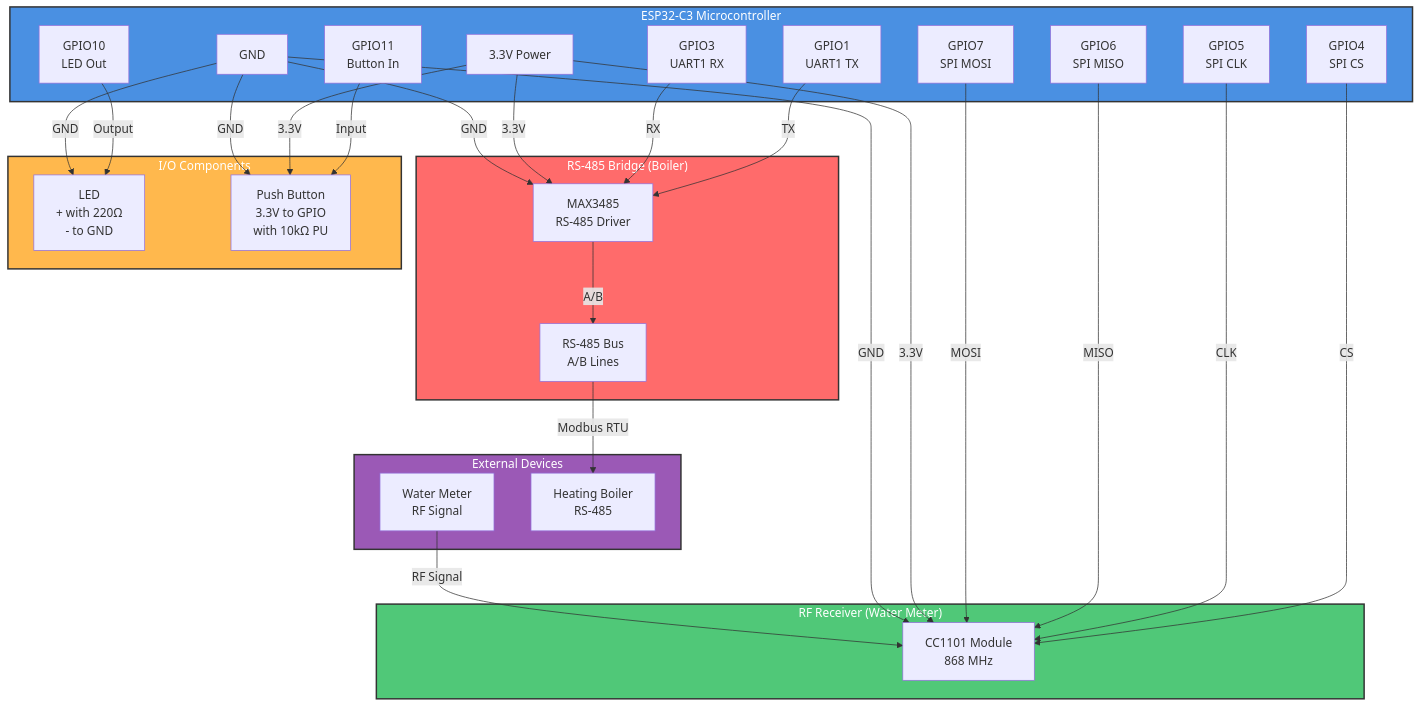
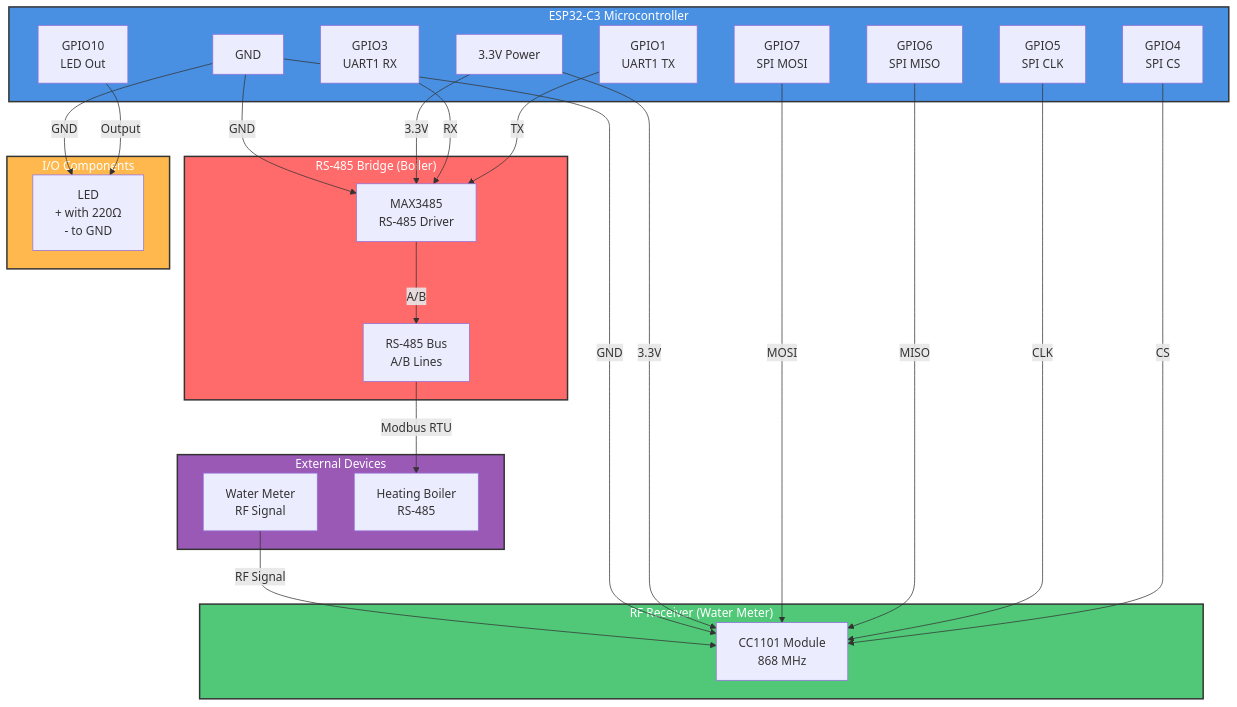
Before and after one commit to krzysiekbielicki/water-meter-and-boiler-device: the diagram in hardware-config.md, drawn with Mermaid. The commit also changed other lines of this file, not shown here.

````diff
--- a/hardware-config.md
+++ b/hardware-config.md
@@ -214,64 +214,59 @@
 ```mermaid
 graph TB
     subgraph ESP["ESP32-C3 Microcontroller"]
         GPIO1["GPIO1<br/>UART1 TX"]
         GPIO3["GPIO3<br/>UART1 RX"]
         GPIO4["GPIO4<br/>SPI CS"]
         GPIO5["GPIO5<br/>SPI CLK"]
         GPIO6["GPIO6<br/>SPI MISO"]
         GPIO7["GPIO7<br/>SPI MOSI"]
         GPIO10["GPIO10<br/>LED Out"]
-        GPIO11["GPIO11<br/>Button In"]
         PWR3V3["3.3V Power"]
         GND["GND"]
     end
     
     subgraph RF["RF Receiver (Water Meter)"]
         CC1101["CC1101 Module<br/>868 MHz"]
     end
     
     subgraph RS["RS-485 Bridge (Boiler)"]
         MAX3485["MAX3485<br/>RS-485 Driver"]
         RS485BUS["RS-485 Bus<br/>A/B Lines"]
     end
     
     subgraph IO["I/O Components"]
         LED["LED<br/>+ with 220Ω<br/>- to GND"]
-        BTN["Push Button<br/>3.3V to GPIO<br/>with 10kΩ PU"]
     end
     
     subgraph EXT["External Devices"]
         METER["Water Meter<br/>RF Signal"]
         BOILER["Heating Boiler<br/>RS-485"]
     end
     
     %% RF Connections
     GPIO4 -->|CS| CC1101
     GPIO5 -->|CLK| CC1101
     GPIO6 -->|MISO| CC1101
     GPIO7 -->|MOSI| CC1101
     PWR3V3 -->|3.3V| CC1101
     GND -->|GND| CC1101
     METER -->|RF Signal| CC1101
     
     %% RS-485 Connections
     GPIO1 -->|TX| MAX3485
     GPIO3 -->|RX| MAX3485
     PWR3V3 -->|3.3V| MAX3485
     GND -->|GND| MAX3485
     MAX3485 -->|A/B| RS485BUS
     RS485BUS -->|Modbus RTU| BOILER
     
     %% I/O Connections
     GPIO10 -->|Output| LED
     GND -->|GND| LED
-    GPIO11 -->|Input| BTN
-    PWR3V3 -->|3.3V| BTN
-    GND -->|GND| BTN
     
     style ESP fill:#4A90E2,stroke:#333,stroke-width:2px,color:#fff
     style RF fill:#50C878,stroke:#333,stroke-width:2px,color:#fff
     style RS fill:#FF6B6B,stroke:#333,stroke-width:2px,color:#fff
     style IO fill:#FFB84D,stroke:#333,stroke-width:2px,color:#fff
     style EXT fill:#9B59B6,stroke:#333,stroke-width:2px,color:#fff
 ```
````
